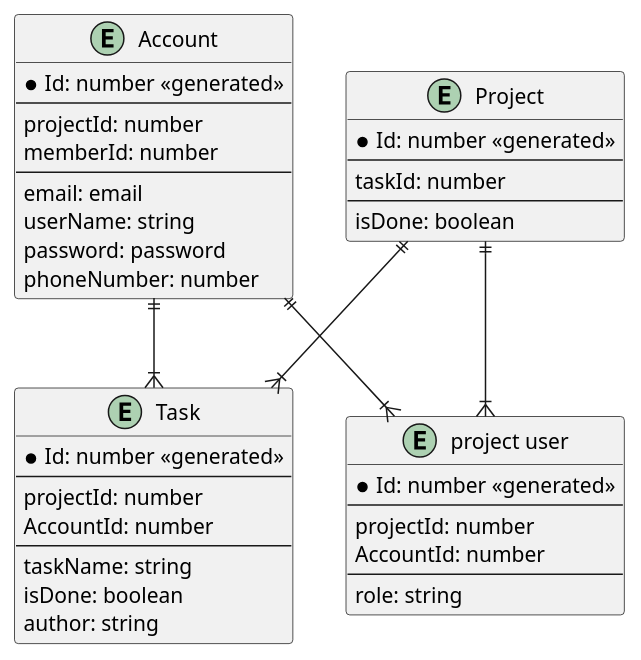
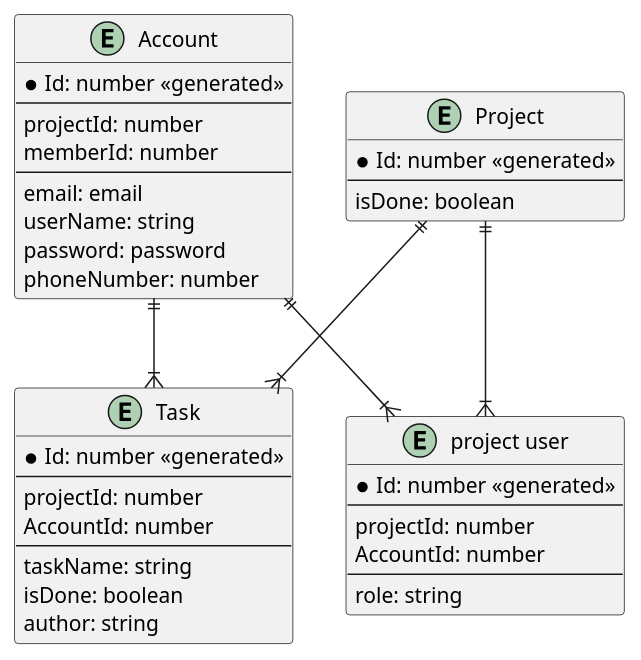
One commit to nguyenhungne/toDoAppIntegrateAPI changed the diagram in docs/uml/todoapp.plantuml. Above: the diagram before and after it, drawn with PlantUML. The commit also changed 152 other files, not shown here.

```diff
--- a/docs/uml/todoapp.plantuml
+++ b/docs/uml/todoapp.plantuml
@@ -1,47 +1,45 @@
 @startuml
 
 entity "Account" as Account {
     *Id: number <<generated>>
     --
     projectId: number 
     memberId: number
     --
     email: email
     userName: string
     password: password
     phoneNumber: number
 }
 
 entity "Project" as Project {
     *Id: number <<generated>>
-    --
-    taskId: number
     --
     isDone: boolean
 }
 
 entity "Task" as Task {
     *Id: number <<generated>>
     --
     projectId: number
     AccountId: number
     --
     taskName: string
     isDone: boolean
     author: string
 }
 
 entity "project user" as projectUser {
     *Id: number <<generated>>
     --
     projectId: number
     AccountId: number
     --
     role: string
 }
 Project ||--|{ Task
 Account ||--|{ Task
 Project ||--|{ projectUser
 Account ||--|{projectUser
 
 @enduml
```
